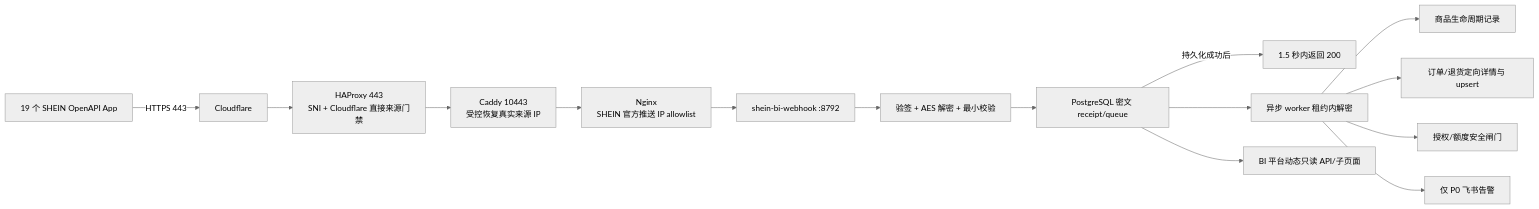
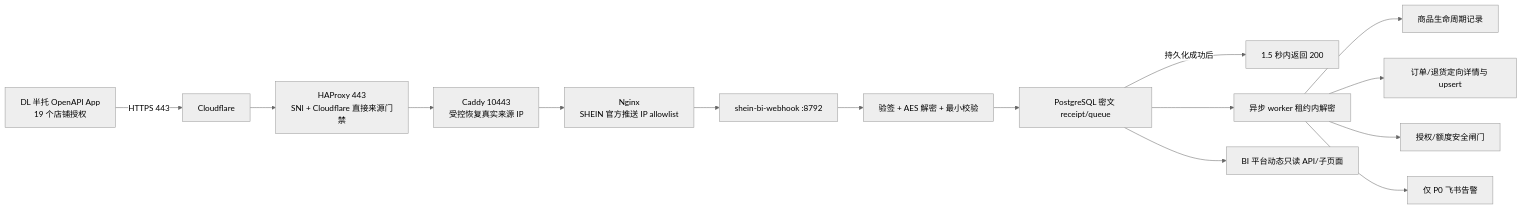
Before and after one commit to dushengyi1993/shein-sales-bi: the diagram in docs/shein-webhook-receiver-design.md, drawn with Mermaid (neutral theme). The commit also changed other lines of this file and 12 other files, not shown here.

````diff
--- a/docs/shein-webhook-receiver-design.md
+++ b/docs/shein-webhook-receiver-design.md
@@ -17,17 +17,17 @@
 ```mermaid
 flowchart LR
-  A["19 个 SHEIN OpenAPI App"] -->|"HTTPS 443"| B["Cloudflare"]
+  A["DL 半托 OpenAPI App<br/>19 个店铺授权"] -->|"HTTPS 443"| B["Cloudflare"]
   B --> C["HAProxy 443\nSNI + Cloudflare 直接来源门禁"]
   C --> D["Caddy 10443\n受控恢复真实来源 IP"]
   D --> E["Nginx\nSHEIN 官方推送 IP allowlist"]
   E --> F["shein-bi-webhook :8792"]
   F --> G["验签 + AES 解密 + 最小校验"]
   G --> H["PostgreSQL 密文 receipt/queue"]
   H -->|"持久化成功后"| I["1.5 秒内返回 200"]
   H --> J["异步 worker 租约内解密"]
   J --> K["商品生命周期记录"]
   J --> L["订单/退货定向详情与 upsert"]
   J --> M["授权/额度安全闸门"]
   J --> N["仅 P0 飞书告警"]
   H --> O["BI 平台动态只读 API/子页面"]
 ```
````
